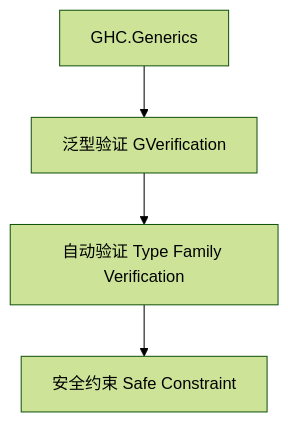
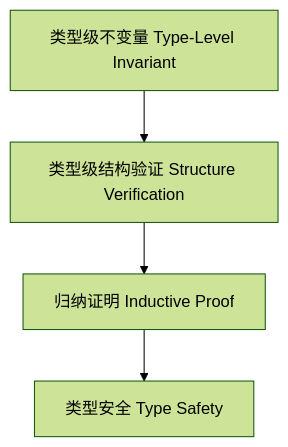
The diagram in docs/analysis/Type/01-Type-Level-Generic-Verification.md (AdaMartin18010/haskell), drawn with Mermaid (forest theme) before and after one commit. The commit also changed other lines of this file and 11 other files, not shown here.

````diff
--- a/docs/analysis/Type/01-Type-Level-Generic-Verification.md
+++ b/docs/analysis/Type/01-Type-Level-Generic-Verification.md
@@ -66,6 +71,6 @@
 ```mermaid
 graph TD
-  A[GHC.Generics] --> B[泛型验证 GVerification]
-  B --> C[自动验证 Type Family Verification]
-  C --> D[安全约束 Safe Constraint]
+  A[类型级不变量 Type-Level Invariant] --> B[类型级结构验证 Structure Verification]
+  B --> C[归纳证明 Inductive Proof]
+  C --> D[类型安全 Type Safety]
 ```
````
